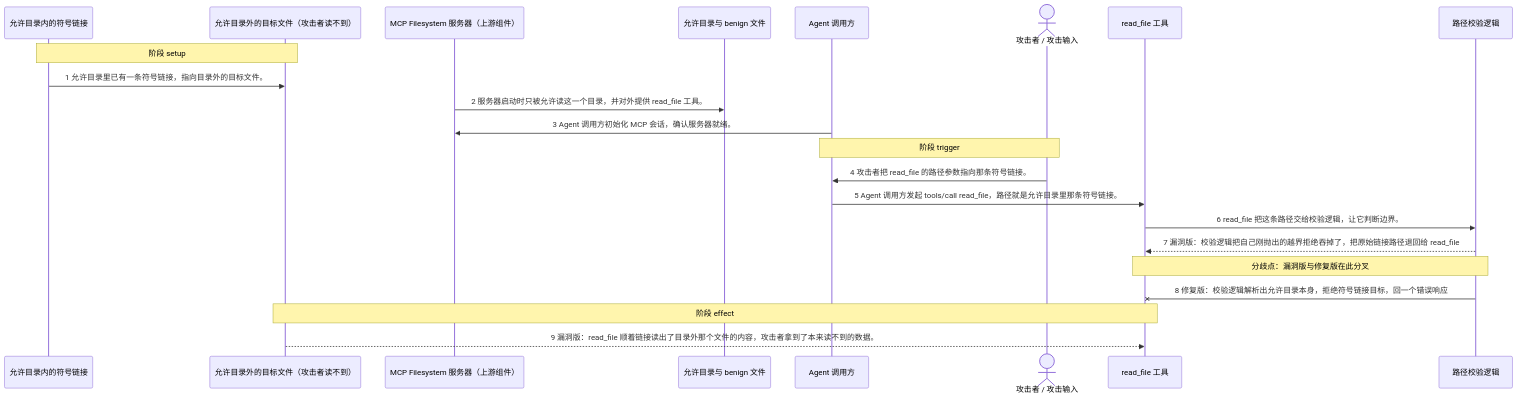
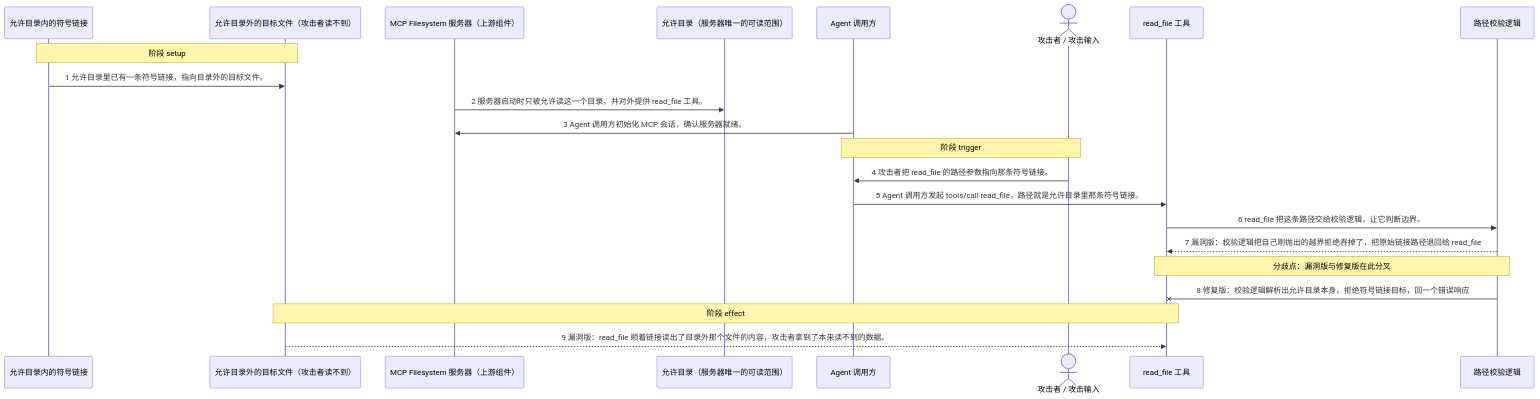
The diagram in environments/mcp-filesystem/CVE-2025-53109/diagram/mechanism.mmd (aicensus-labs/agent-vulhub), drawn with Mermaid before and after one commit. The commit also changed 13 other files, not shown here.

```diff
--- a/environments/mcp-filesystem/CVE-2025-53109/diagram/mechanism.mmd
+++ b/environments/mcp-filesystem/CVE-2025-53109/diagram/mechanism.mmd
@@ -1,23 +1,23 @@
 %% MCP Filesystem 符号链接越界读取 — generated from diagram.toml
 sequenceDiagram
   participant symlink_attack_material as 允许目录内的符号链接
-  participant external_marker as 允许目录外的目标文件（攻击者读不到）
+  participant outside_file as 允许目录外的目标文件（攻击者读不到）
   participant mcp_filesystem_server as MCP Filesystem 服务器（上游组件）
-  participant allowed_directory as 允许目录与 benign 文件
+  participant allowed_directory as 允许目录（服务器唯一的可读范围）
   participant agent as Agent 调用方
   actor attacker as 攻击者 / 攻击输入
   participant read_file_tool as read_file 工具
   participant path_validator as 路径校验逻辑
-  Note over symlink_attack_material,external_marker: 阶段 setup
-  symlink_attack_material ->> external_marker: 1 允许目录里已有一条符号链接，指向目录外的目标文件。
+  Note over symlink_attack_material,outside_file: 阶段 setup
+  symlink_attack_material ->> outside_file: 1 允许目录里已有一条符号链接，指向目录外的目标文件。
   mcp_filesystem_server ->> allowed_directory: 2 服务器启动时只被允许读这一个目录，并对外提供 read_file 工具。
   agent ->> mcp_filesystem_server: 3 Agent 调用方初始化 MCP 会话，确认服务器就绪。
   Note over attacker,agent: 阶段 trigger
   attacker ->> agent: 4 攻击者把 read_file 的路径参数指向那条符号链接。
   agent ->> read_file_tool: 5 Agent 调用方发起 tools/call read_file，路径就是允许目录里那条符号链接。
   read_file_tool ->> path_validator: 6 read_file 把这条路径交给校验逻辑，让它判断边界。
   path_validator -->> read_file_tool: 7 漏洞版：校验逻辑把自己刚抛出的越界拒绝吞掉了，把原始链接路径退回给 read_file
   Note over path_validator,read_file_tool: 分歧点：漏洞版与修复版在此分叉
   path_validator -x read_file_tool: 8 修复版：校验逻辑解析出允许目录本身，拒绝符号链接目标，回一个错误响应
-  Note over external_marker,read_file_tool: 阶段 effect
-  external_marker -->> read_file_tool: 9 漏洞版：read_file 顺着链接读出了目录外那个文件的内容，攻击者拿到了本来读不到的数据。
+  Note over outside_file,read_file_tool: 阶段 effect
+  outside_file -->> read_file_tool: 9 漏洞版：read_file 顺着链接读出了目录外那个文件的内容，攻击者拿到了本来读不到的数据。
```
